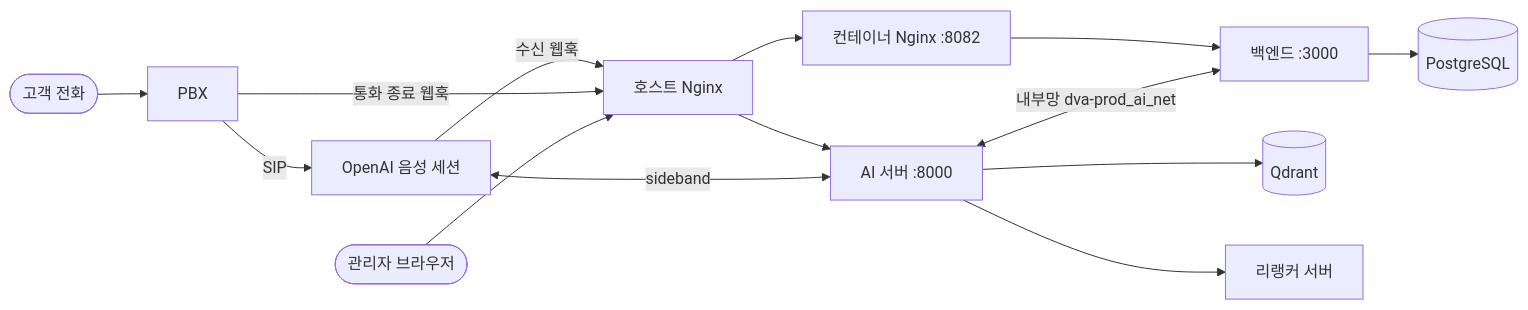
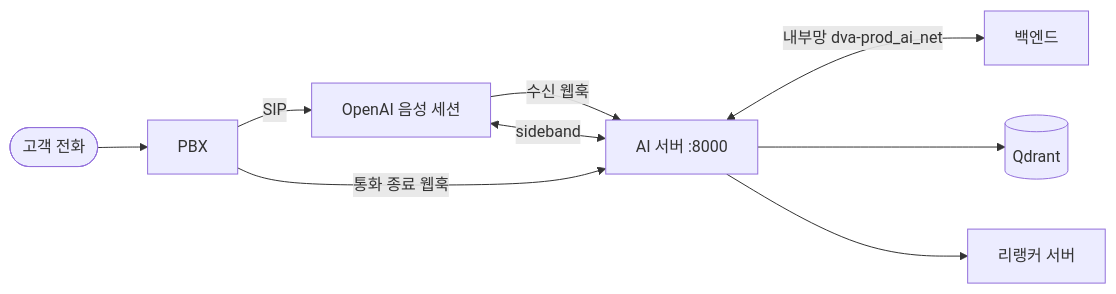
The first of 4 diagrams in ai/HANDOVER.md (42JH/DVA), drawn with Mermaid before and after one commit. The commit also changed other lines of this file and 1 other file, not shown here.

````diff
--- a/ai/HANDOVER.md
+++ b/ai/HANDOVER.md
@@ -50,16 +54,11 @@
 ```mermaid
 flowchart LR
   caller([고객 전화]) --> pbx[PBX]
   pbx -- SIP --> openai[OpenAI 음성 세션]
-  openai -- 수신 웹훅 --> hostnginx[호스트 Nginx]
-  pbx -- 통화 종료 웹훅 --> hostnginx
-  admin([관리자 브라우저]) --> hostnginx
-  hostnginx --> ai[AI 서버 :8000]
-  hostnginx --> cnginx[컨테이너 Nginx :8082]
-  cnginx --> be[백엔드 :3000]
-  ai <-- 내부망 dva-prod_ai_net --> be
+  openai -- 수신 웹훅 --> ai[AI 서버 :8000]
+  pbx -- 통화 종료 웹훅 --> ai
+  ai <-- 내부망 dva-prod_ai_net --> be[백엔드]
   ai --> qdrant[(Qdrant)]
   ai --> reranker[리랭커 서버]
-  be --> db[(PostgreSQL)]
   ai <-- sideband --> openai
 ```
````
